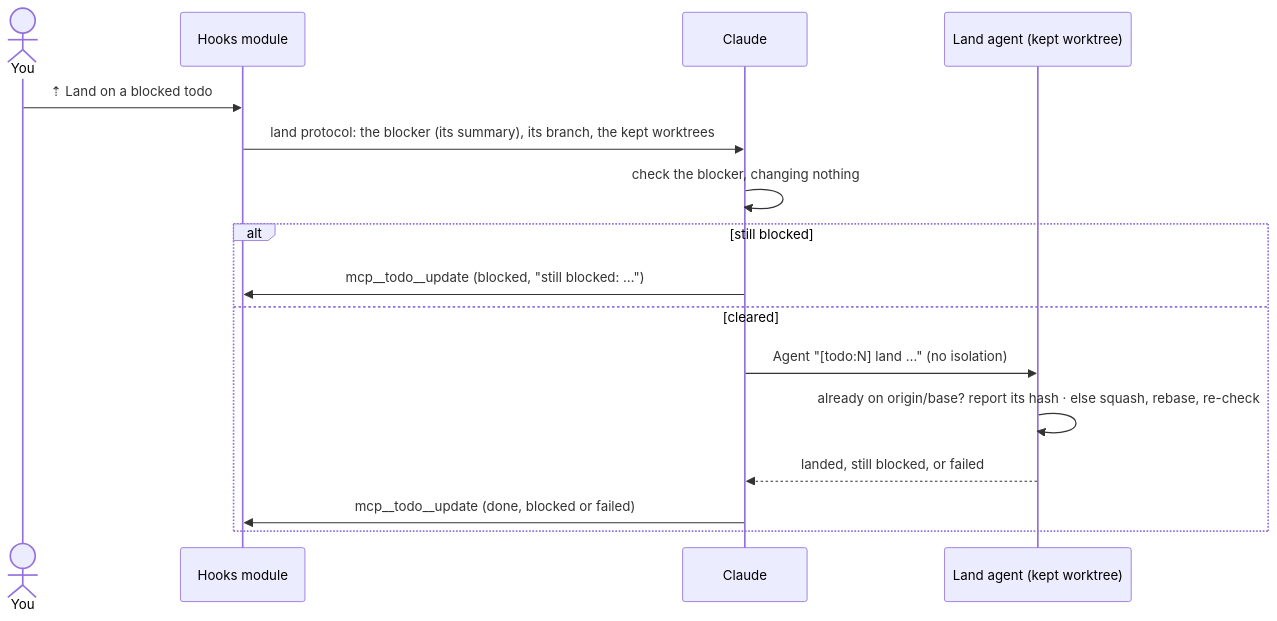
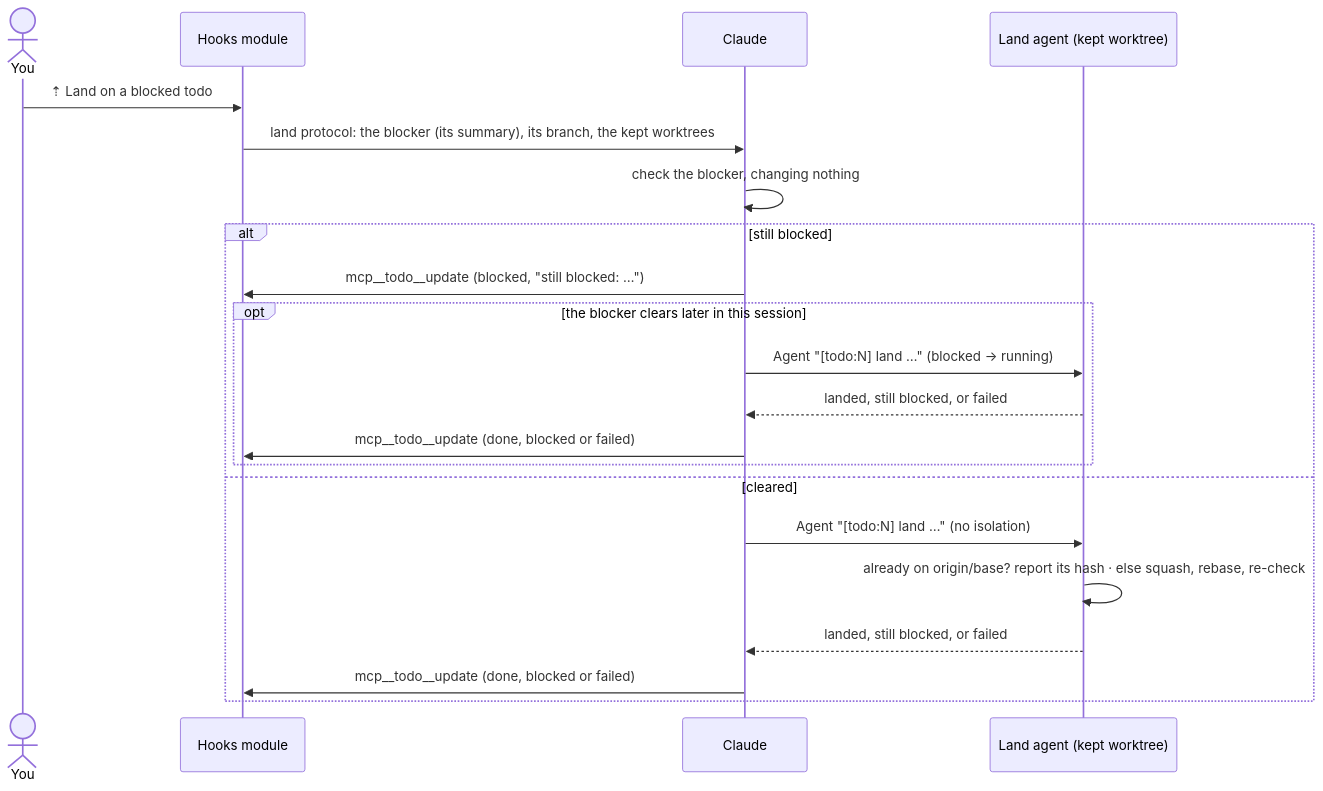
The sixth of 7 diagrams in docs/architecture.md (declanshanaghy/claude-todo), drawn with Mermaid before and after one commit. The commit also changed other lines of this file and 7 other files, not shown here.

````diff
--- a/docs/architecture.md
+++ b/docs/architecture.md
@@ -224,18 +225,23 @@
 ```mermaid
 sequenceDiagram
   actor U as You
   participant H as Hooks module
   participant M as Claude
   participant W as Land agent (kept worktree)
   U->>H: ⇡ Land on a blocked todo
   H->>M: land protocol: the blocker (its summary), its branch, the kept worktrees
   M->>M: check the blocker, changing nothing
   alt still blocked
     M->>H: mcp__todo__update (blocked, "still blocked: …")
+    opt the blocker clears later in this session
+      M->>W: Agent "[todo:N] land …" (blocked → running)
+      W-->>M: landed, still blocked, or failed
+      M->>H: mcp__todo__update (done, blocked or failed)
+    end
   else cleared
     M->>W: Agent "[todo:N] land …" (no isolation)
     W->>W: already on origin/base? report its hash · else squash, rebase, re-check
     W-->>M: landed, still blocked, or failed
     M->>H: mcp__todo__update (done, blocked or failed)
   end
 ```
````
